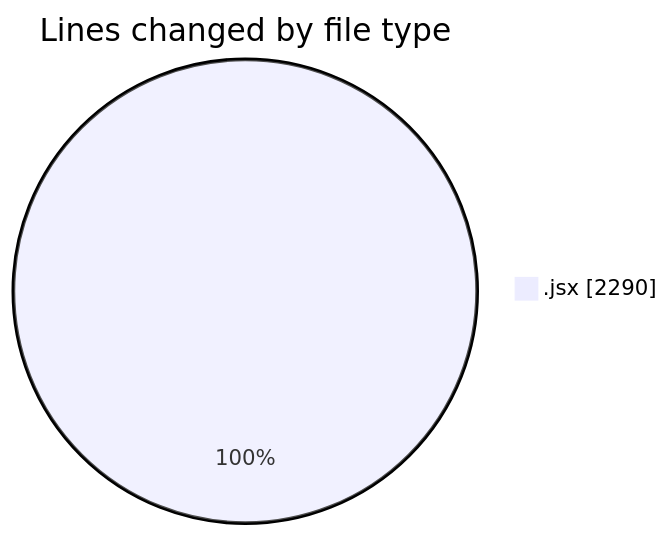
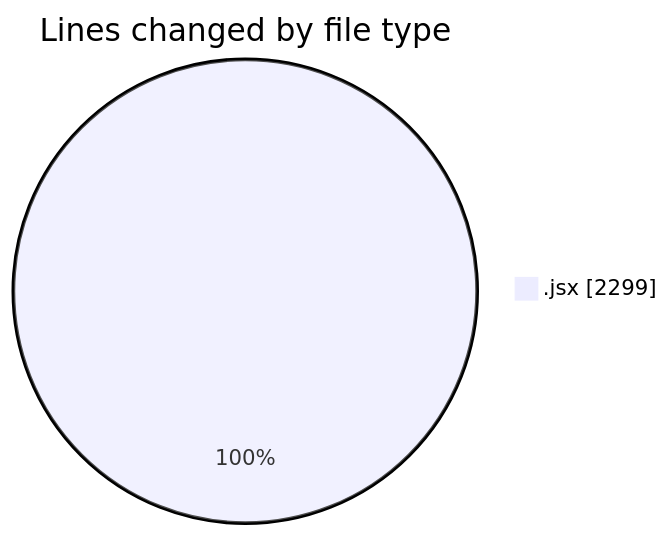
Before and after one commit to nxtqubesakshisongat/code-tracking: the first of 2 diagrams in 2026-01-12/nxtqube_webapp/README.md, drawn with Mermaid. The commit also changed other lines of this file and 1 other file, not shown here.

````diff
--- a/2026-01-12/nxtqube_webapp/README.md
+++ b/2026-01-12/nxtqube_webapp/README.md
@@ -23,5 +23,5 @@
 ```mermaid
 pie showData
 title Lines changed by file type
-".jsx" : 2290
+".jsx" : 2299
 ```
````
